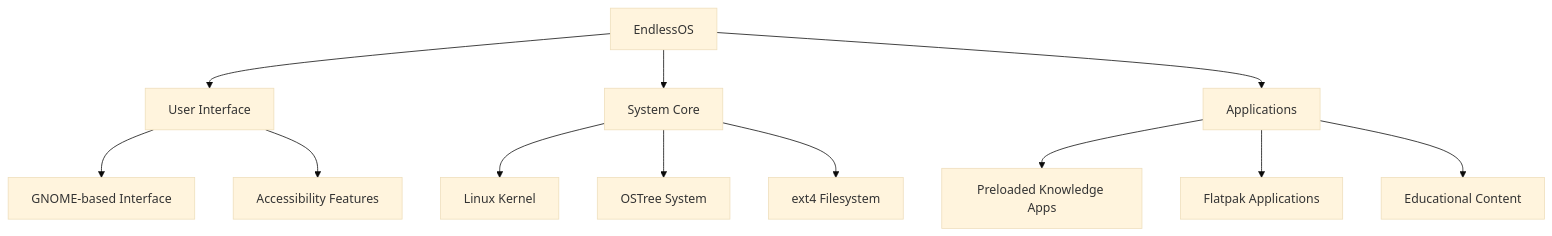
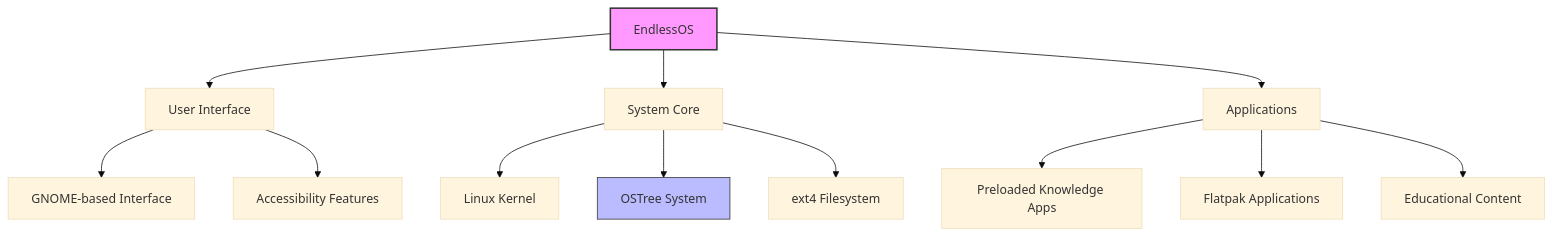
Before and after one commit to Ananya-Addisu/Endless-OS: the first of 9 diagrams in README.md, drawn with Mermaid (base theme). The commit also changed other lines of this file, not shown here.

````diff
--- a/README.md
+++ b/README.md
@@ -40,17 +51,20 @@
 ```mermaid
 flowchart TD
     A[EndlessOS] --> B[User Interface]
     A --> C[System Core]
     A --> D[Applications]
     
     B --> B1[GNOME-based Interface]
     B --> B2[Accessibility Features]
     
     C --> C1[Linux Kernel]
     C --> C2[OSTree System]
     C --> C3[ext4 Filesystem]
     
     D --> D1[Preloaded Knowledge Apps]
     D --> D2[Flatpak Applications]
     D --> D3[Educational Content]
+    
+    style A fill:#f9f,stroke:#333,stroke-width:2px
+    style C2 fill:#bbf,stroke:#333,stroke-width:1px
 ```
````
